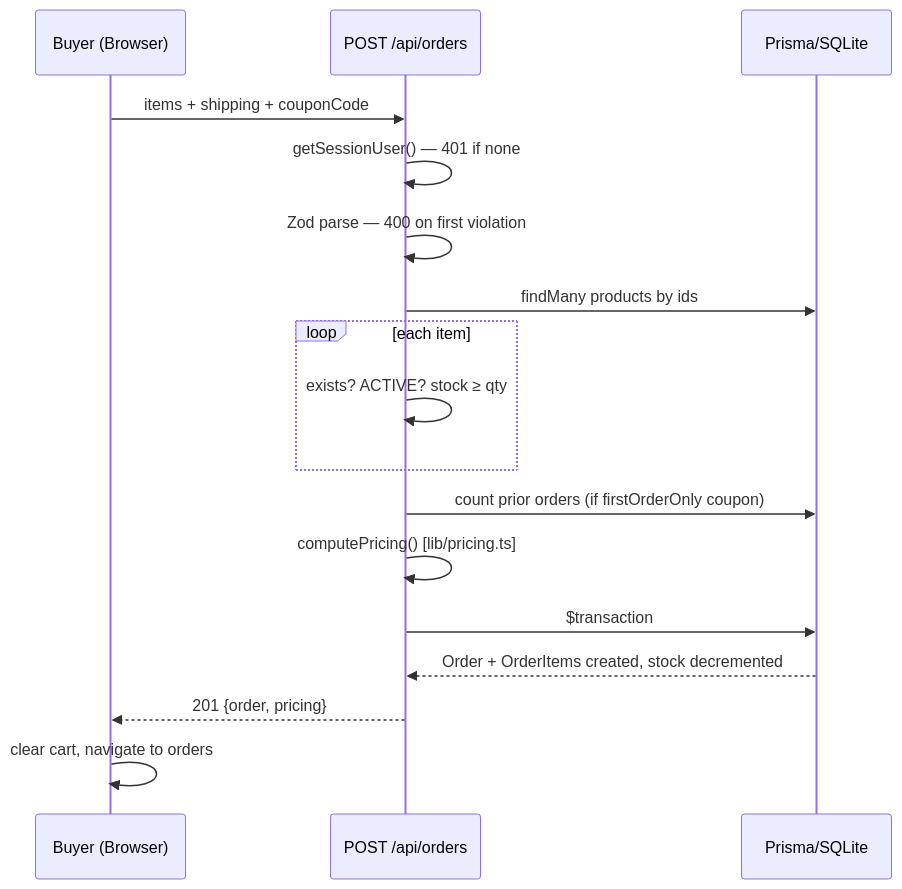
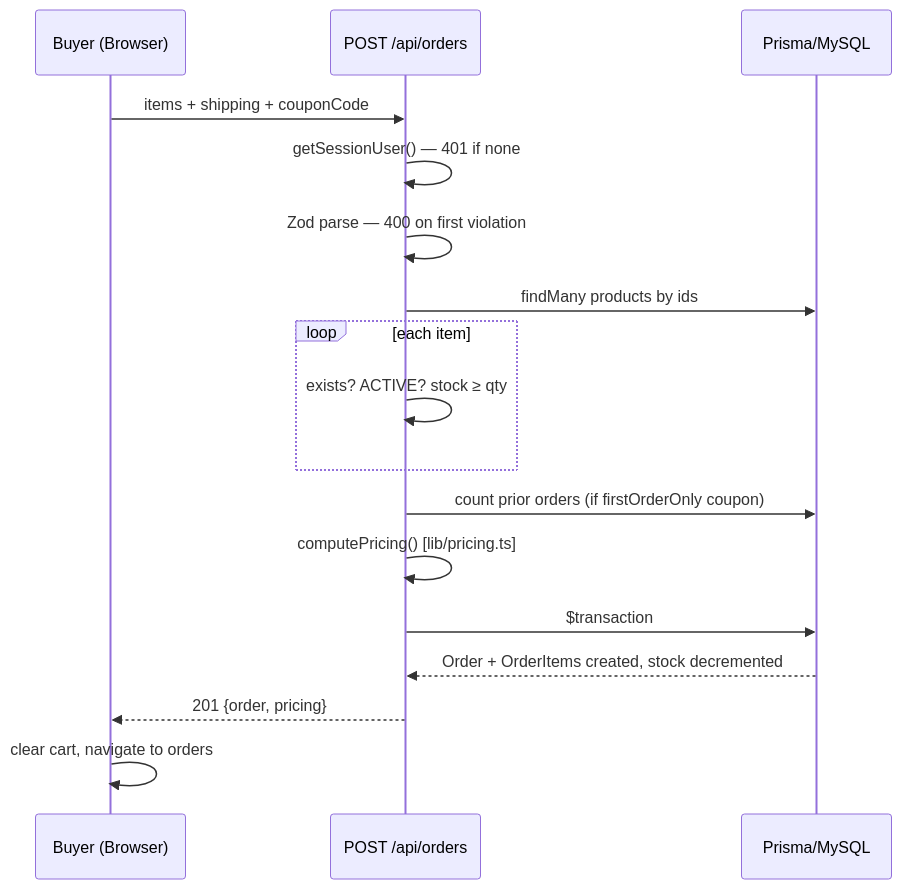
Before and after one commit to shca2626/marketplace-mysql: the second of 4 diagrams in whois.md, drawn with Mermaid. The commit also changed other lines of this file and 4 other files, not shown here.

````diff
--- a/whois.md
+++ b/whois.md
@@ -217,19 +221,19 @@
 ```mermaid
 sequenceDiagram
     participant B as Buyer (Browser)
     participant API as POST /api/orders
-    participant DB as Prisma/SQLite
+    participant DB as Prisma/MySQL
     B->>API: items + shipping + couponCode
     API->>API: getSessionUser() — 401 if none
     API->>API: Zod parse — 400 on first violation
     API->>DB: findMany products by ids
     loop each item
         API->>API: exists? ACTIVE? stock ≥ qty
     end
     API->>DB: count prior orders (if firstOrderOnly coupon)
     API->>API: computePricing() [lib/pricing.ts]
     API->>DB: $transaction
     DB-->>API: Order + OrderItems created, stock decremented
     API-->>B: 201 {order, pricing}
     B->>B: clear cart, navigate to orders
 ```
````
